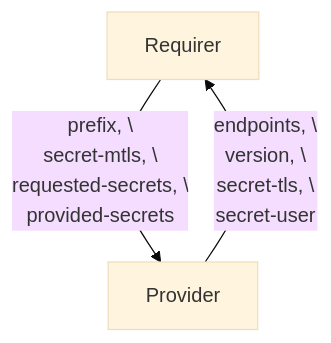
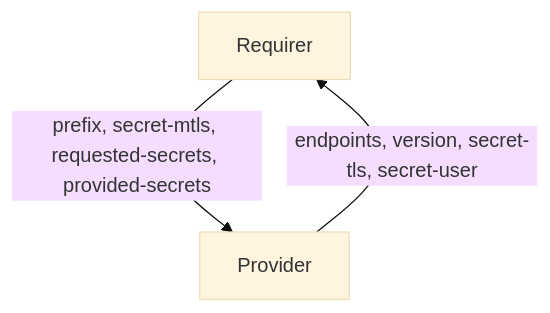
One commit to james-garner-canonical/charmlibs changed the diagram in interfaces/etcd_client/interface/v0/README.md. Above: the diagram before and after it, drawn with Mermaid (base theme).

Commit message:
docs: drop \\n entirely in mermaid diagram
It seems to have reasonable line breaking behaviour anyway.

````diff
--- a/interfaces/etcd_client/interface/v0/README.md
+++ b/interfaces/etcd_client/interface/v0/README.md
@@ -14,5 +14,5 @@
 ```mermaid
 flowchart TD
-    Requirer -- prefix, \\nsecret-mtls, \\nrequested-secrets, \\nprovided-secrets --> Provider
-    Provider -- endpoints, \\nversion, \\nsecret-tls, \\nsecret-user--> Requirer
+    Requirer -- prefix, secret-mtls, requested-secrets, provided-secrets --> Provider
+    Provider -- endpoints, version, secret-tls, secret-user--> Requirer
 ```
````
